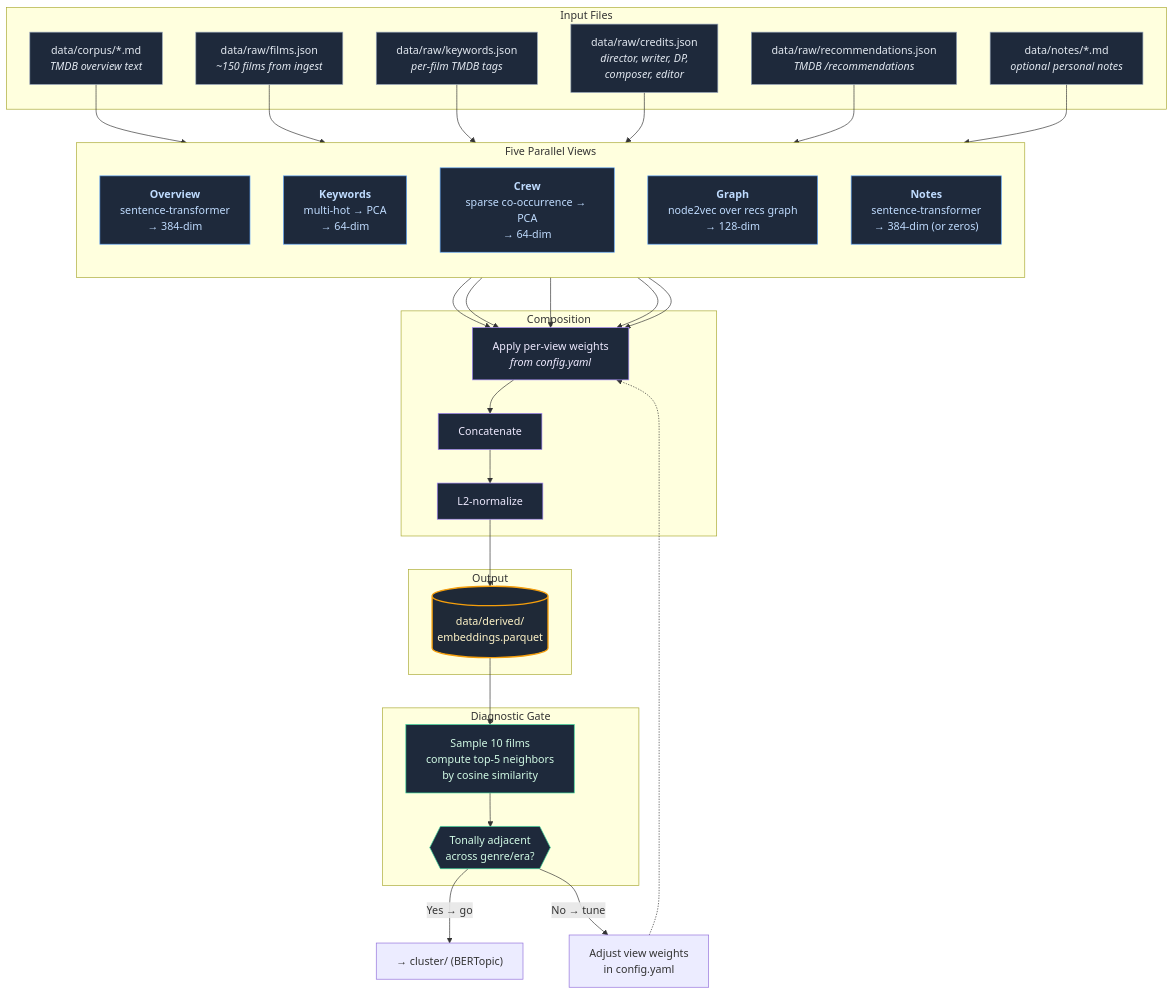
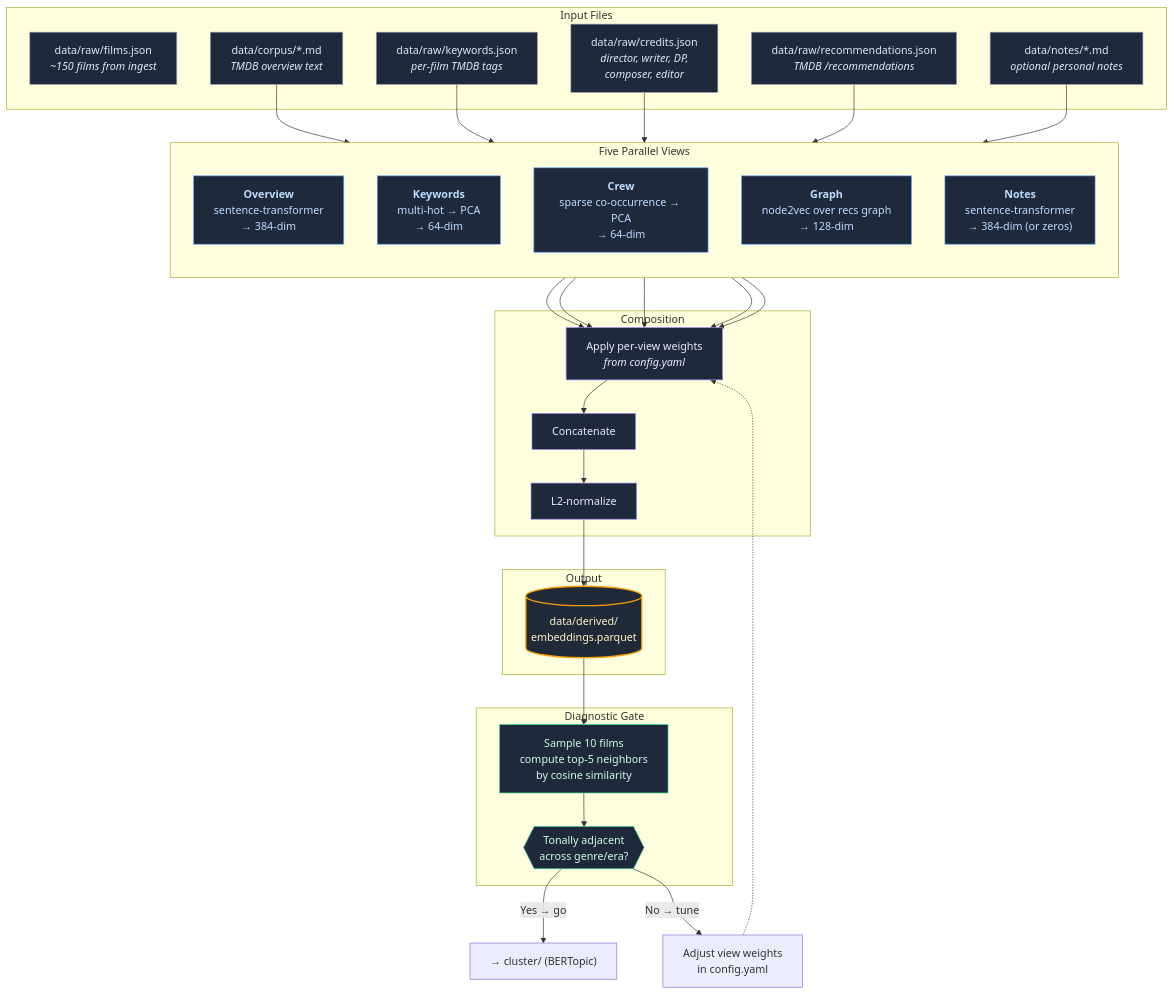
The diagram in docs/embedding-pipeline.md (will-walker-artemis/flickseed), drawn with Mermaid before and after one commit. The commit also changed other lines of this file, not shown here.

````diff
--- a/docs/embedding-pipeline.md
+++ b/docs/embedding-pipeline.md
@@ -13,70 +13,69 @@
 ```mermaid
 flowchart TB
     subgraph inputs["Input Files"]
         films["data/raw/films.json<br><i>~150 films from ingest</i>"]
         keywords["data/raw/keywords.json<br><i>per-film TMDB tags</i>"]
         credits["data/raw/credits.json<br><i>director, writer, DP,<br>composer, editor</i>"]
         recs["data/raw/recommendations.json<br><i>TMDB /recommendations</i>"]
         corpus["data/corpus/*.md<br><i>TMDB overview text</i>"]
         notes["data/notes/*.md<br><i>optional personal notes</i>"]
     end
 
     subgraph views["Five Parallel Views"]
         direction TB
         v_overview["<b>Overview</b><br>sentence-transformer<br>→ 384-dim"]
         v_keywords["<b>Keywords</b><br>multi-hot → PCA<br>→ 64-dim"]
         v_crew["<b>Crew</b><br>sparse co-occurrence → PCA<br>→ 64-dim"]
         v_graph["<b>Graph</b><br>node2vec over recs graph<br>→ 128-dim"]
         v_notes["<b>Notes</b><br>sentence-transformer<br>→ 384-dim (or zeros)"]
     end
 
     subgraph compose["Composition"]
         weight["Apply per-view weights<br><i>from config.yaml</i>"]
         concat["Concatenate"]
         norm["L2-normalize"]
     end
 
     subgraph output["Output"]
         parquet[("data/derived/<br>embeddings.parquet")]
     end
 
     subgraph gate["Diagnostic Gate"]
         diag["Sample 10 films<br>compute top-5 neighbors<br>by cosine similarity"]
         verdict{{"Tonally adjacent<br>across genre/era?"}}
     end
 
     downstream["→ cluster/ (BERTopic)"]
     tuneWeights["Adjust view weights<br>in config.yaml"]
 
     corpus --> v_overview
-    films --> v_overview
     keywords --> v_keywords
     credits --> v_crew
     recs --> v_graph
     notes --> v_notes
 
     v_overview --> weight
     v_keywords --> weight
     v_crew --> weight
     v_graph --> weight
     v_notes --> weight
 
     weight --> concat --> norm --> parquet
     parquet --> diag --> verdict
 
     verdict -- "Yes → go" --> downstream
     verdict -- "No → tune" --> tuneWeights
     tuneWeights -.-> weight
 
     classDef input fill:#1e293b,stroke:#94a3b8,color:#e2e8f0
     classDef view fill:#1e293b,stroke:#60a5fa,color:#bfdbfe
     classDef compose fill:#1e293b,stroke:#a78bfa,color:#ede9fe
     classDef gate fill:#1e293b,stroke:#34d399,color:#d1fae5
     classDef output fill:#1f2937,stroke:#f59e0b,stroke-width:2px,color:#fef3c7
 
     class films,keywords,credits,recs,corpus,notes input
     class v_overview,v_keywords,v_crew,v_graph,v_notes view
     class weight,concat,norm compose
     class diag,verdict gate
     class parquet output
 ```
````
